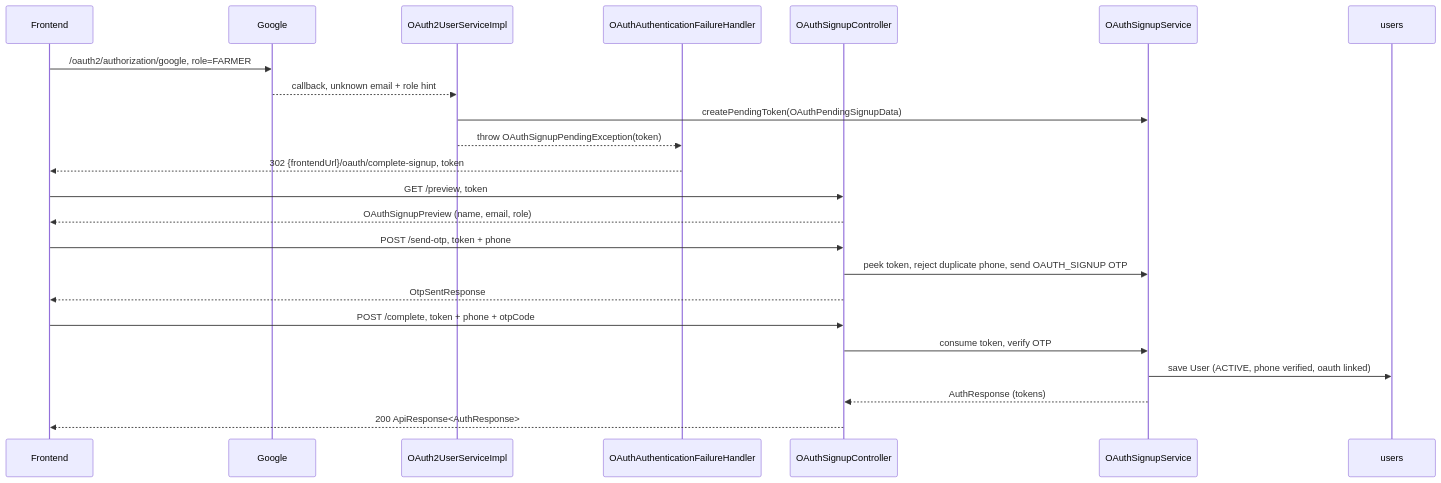
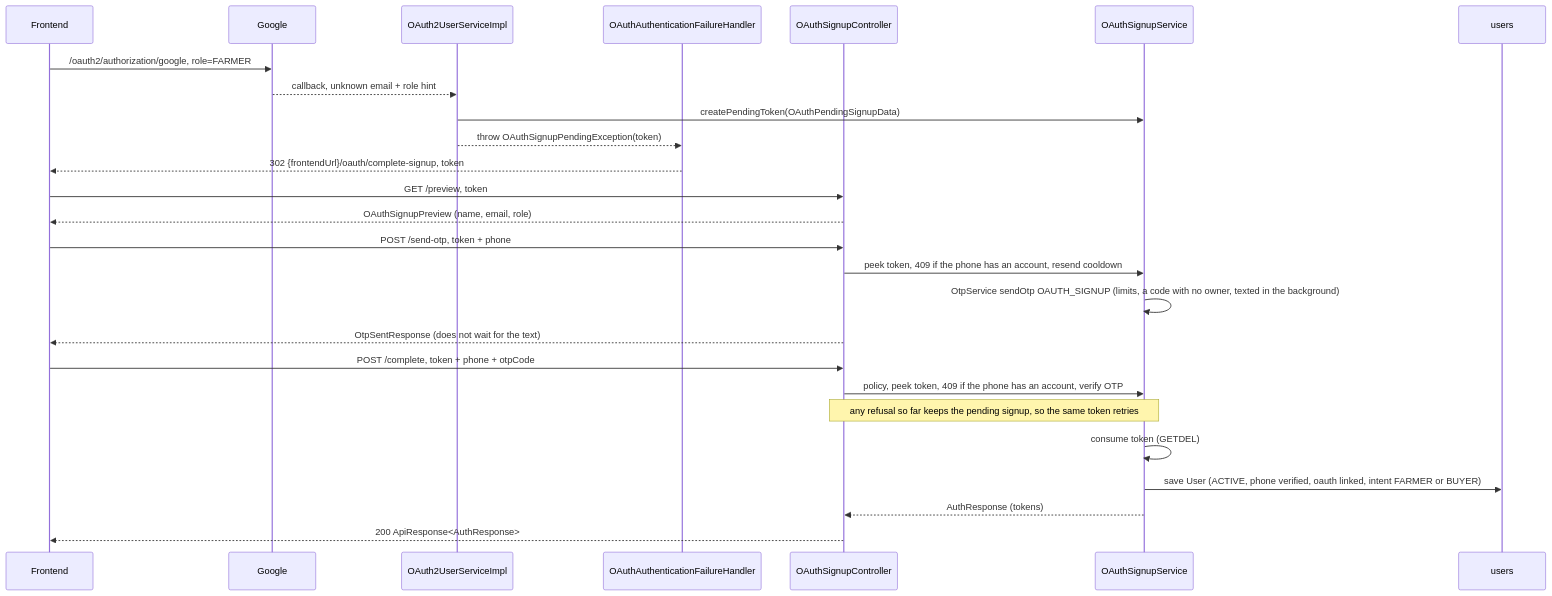
The third of 3 diagrams in docs/auth/oauth.md (cropdoor/cropdoor-almanac), drawn with Mermaid before and after one commit. The commit also changed other lines of this file and 1 other file, not shown here.

Commit message:
auth: Google sign-up (#393): the sign-up code reaches a new phone; complete checks the code before it spends the pending sign-up; the Farmer or Buyer choice is kept; the stale ADMIN refusal is corrected

````diff
--- a/docs/auth/oauth.md
+++ b/docs/auth/oauth.md
@@ -98,26 +98,29 @@
 ```mermaid
 sequenceDiagram
     participant FE as Frontend
     participant G as Google
     participant US as OAuth2UserServiceImpl
     participant FH as OAuthAuthenticationFailureHandler
     participant SC as OAuthSignupController
     participant SV as OAuthSignupService
     participant DB as users
 
     FE->>G: /oauth2/authorization/google, role=FARMER
     G-->>US: callback, unknown email + role hint
     US->>SV: createPendingToken(OAuthPendingSignupData)
     US-->>FH: throw OAuthSignupPendingException(token)
     FH-->>FE: 302 {frontendUrl}/oauth/complete-signup, token
     FE->>SC: GET /preview, token
     SC-->>FE: OAuthSignupPreview (name, email, role)
     FE->>SC: POST /send-otp, token + phone
-    SC->>SV: peek token, reject duplicate phone, send OAUTH_SIGNUP OTP
-    SC-->>FE: OtpSentResponse
+    SC->>SV: peek token, 409 if the phone has an account, resend cooldown
+    SV->>SV: OtpService sendOtp OAUTH_SIGNUP (limits, a code with no owner, texted in the background)
+    SC-->>FE: OtpSentResponse (does not wait for the text)
     FE->>SC: POST /complete, token + phone + otpCode
-    SC->>SV: consume token, verify OTP
-    SV->>DB: save User (ACTIVE, phone verified, oauth linked)
+    SC->>SV: policy, peek token, 409 if the phone has an account, verify OTP
+    Note over SC,SV: any refusal so far keeps the pending signup, so the same token retries
+    SV->>SV: consume token (GETDEL)
+    SV->>DB: save User (ACTIVE, phone verified, oauth linked, intent FARMER or BUYER)
     SV-->>SC: AuthResponse (tokens)
     SC-->>FE: 200 ApiResponse<AuthResponse>
 ```
````
